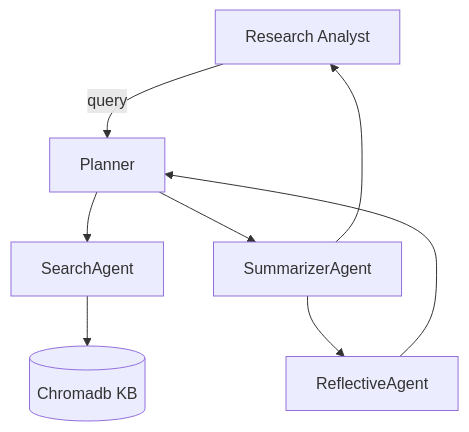
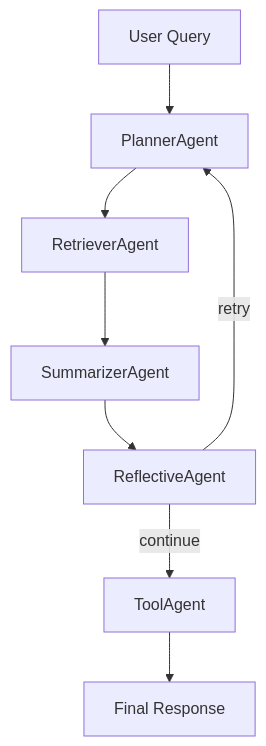
Before and after one commit to aisamai63/COMP248-AI-MATH-gp: the first of 2 diagrams in design/README_design.md, drawn with Mermaid. The commit also changed other lines of this file and 42 other files, not shown here.

````diff
--- a/design/README_design.md
+++ b/design/README_design.md
@@ -172,10 +23,10 @@
 ```mermaid
-graph TD
-  User[Research Analyst] -->|query| Planner
-  Planner --> SearchAgent
-  SearchAgent --> Chromadb[(Chromadb KB)]
-  Planner --> SummarizerAgent
-  SummarizerAgent --> ReflectiveAgent
-  ReflectiveAgent --> Planner
-  SummarizerAgent --> User
+flowchart TD
+  U[User Query] --> P[PlannerAgent]
+  P --> R[RetrieverAgent]
+  R --> S[SummarizerAgent]
+  S --> F[ReflectiveAgent]
+  F -->|retry| P
+  F -->|continue| T[ToolAgent]
+  T --> O[Final Response]
 ```
````
